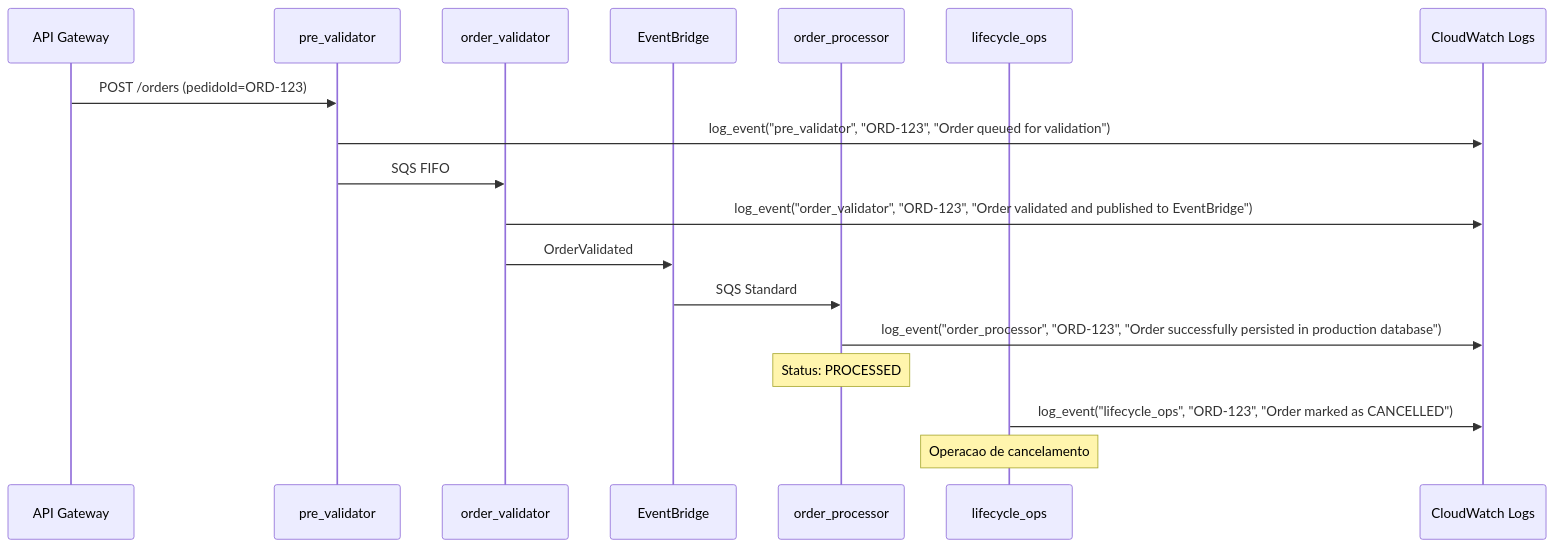
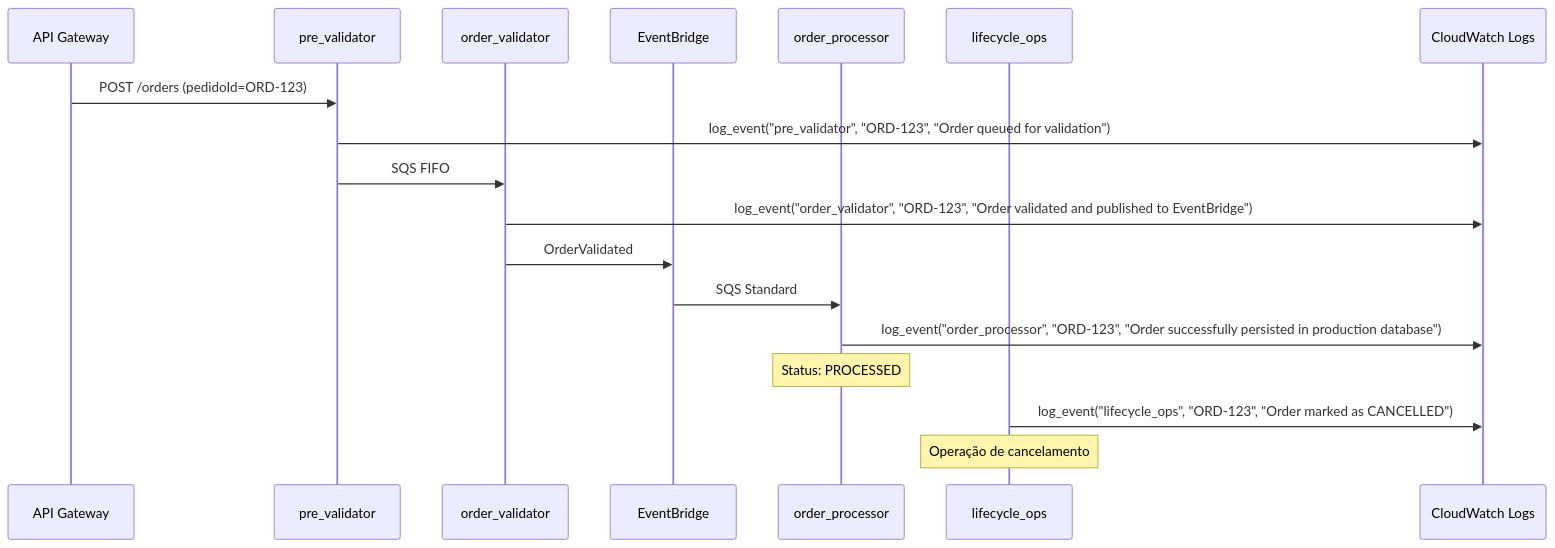
The diagram in docs/observability.md (DessimA/aws-serverless-order-management), drawn with Mermaid before and after one commit. The commit also changed other lines of this file and 17 other files, not shown here.

Commit message:
docs: portfolio-oriented README, ARCHITECTURE.md, and PT-BR accent fixes

````diff
--- a/docs/observability.md
+++ b/docs/observability.md
@@ -23,22 +23,22 @@
 ```mermaid
 sequenceDiagram
     participant API as API Gateway
     participant PRE as pre_validator
     participant VAL as order_validator
     participant EB as EventBridge
     participant PERS as order_processor
     participant LC as lifecycle_ops
     participant CW as CloudWatch Logs
 
     API->>PRE: POST /orders (pedidoId=ORD-123)
     PRE->>CW: log_event("pre_validator", "ORD-123", "Order queued for validation")
     PRE->>VAL: SQS FIFO
     VAL->>CW: log_event("order_validator", "ORD-123", "Order validated and published to EventBridge")
     VAL->>EB: OrderValidated
     EB->>PERS: SQS Standard
     PERS->>CW: log_event("order_processor", "ORD-123", "Order successfully persisted in production database")
     Note over PERS: Status: PROCESSED
 
     LC->>CW: log_event("lifecycle_ops", "ORD-123", "Order marked as CANCELLED")
-    Note over LC: Operacao de cancelamento
+    Note over LC: Operação de cancelamento
 ```
````
